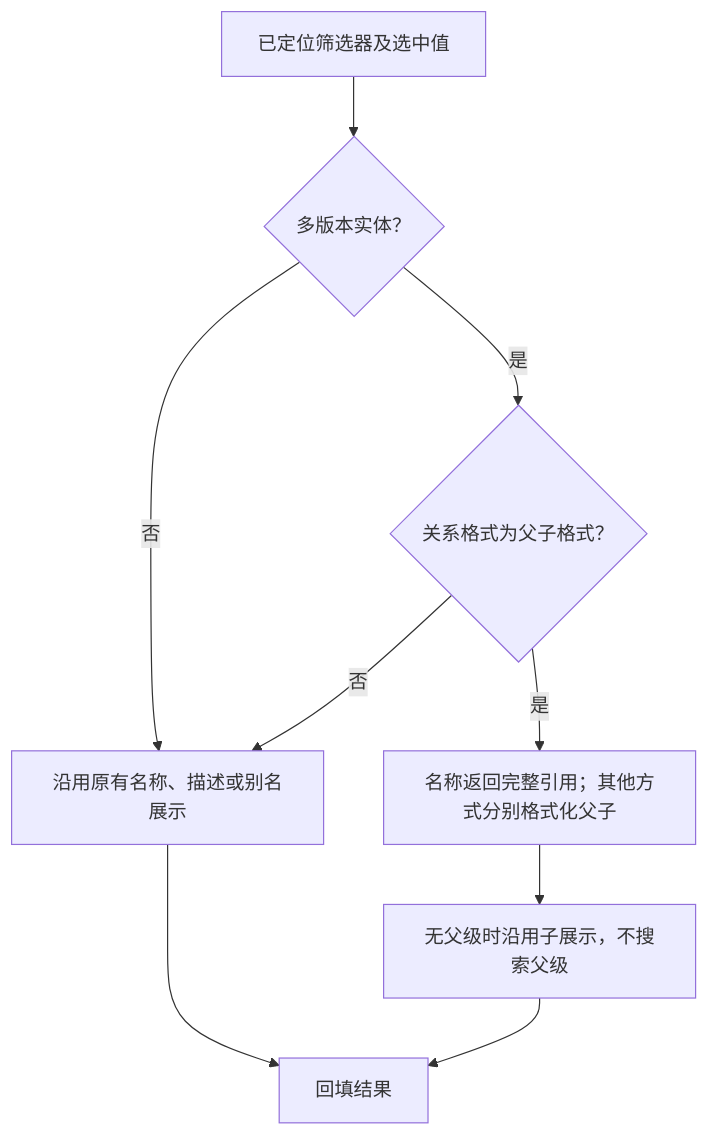
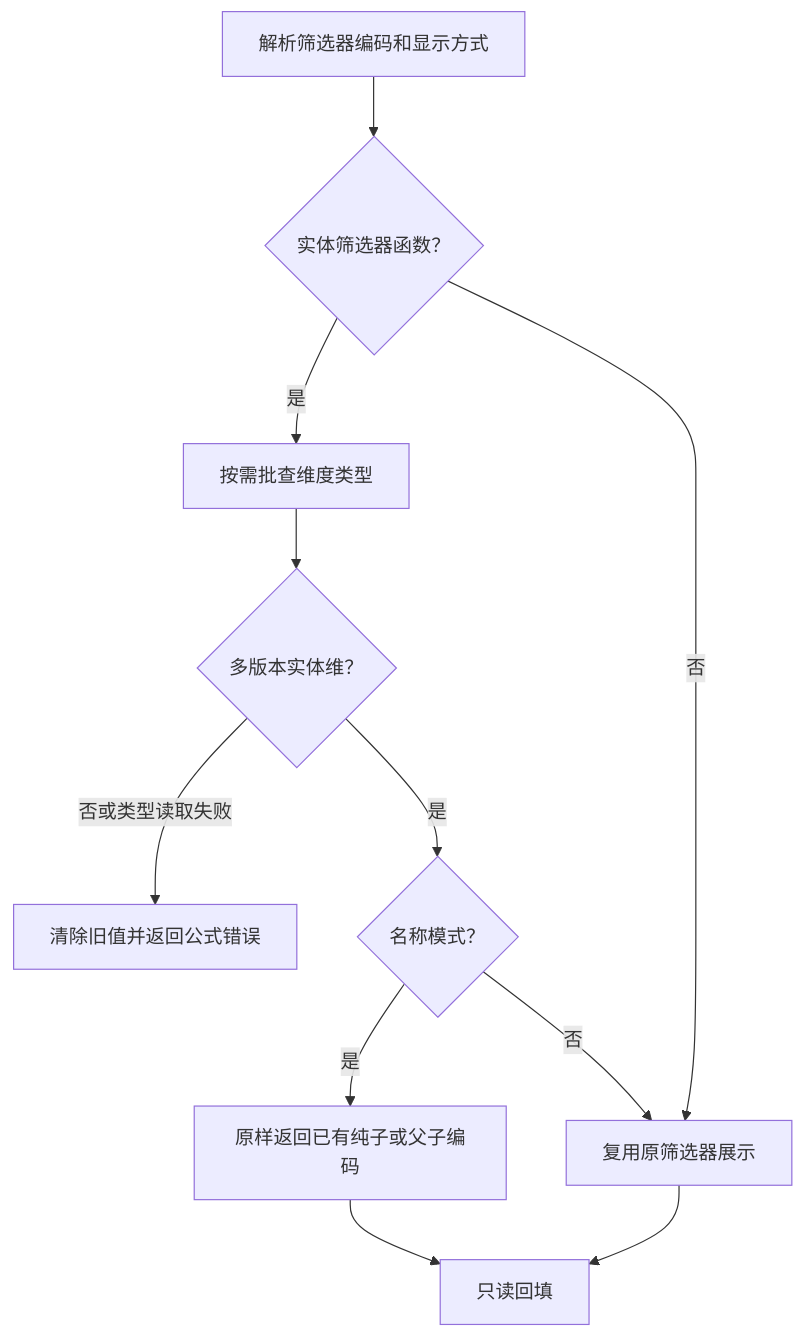
Before and after one commit to Honkey-y/docs: the second of 5 diagrams in DeepFos/电子表格/筛选器属性与币种公式/规划/功能与后端规范.md, drawn with Mermaid. The commit also changed other lines of this file and 3 other files, not shown here.

````diff
--- a/DeepFos/电子表格/筛选器属性与币种公式/规划/功能与后端规范.md
+++ b/DeepFos/电子表格/筛选器属性与币种公式/规划/功能与后端规范.md
@@ -87,11 +97,13 @@
 ```mermaid
 flowchart TD
-    A[已定位筛选器及选中值] --> B{多版本实体？}
-    B -->|否| C[沿用原有名称、描述或别名展示]
-    B -->|是| D{关系格式为父子格式？}
-    D -->|否| C
-    D -->|是| E[名称返回完整引用；其他方式分别格式化父子]
-    E --> F[无父级时沿用子展示，不搜索父级]
-    C --> G[回填结果]
-    F --> G
+    A[解析筛选器编码和显示方式] --> B{实体筛选器函数？}
+    B -->|否| C[复用原筛选器展示]
+    B -->|是| D[按需批查维度类型]
+    D --> E{多版本实体维？}
+    E -->|否或类型读取失败| F[清除旧值并返回公式错误]
+    E -->|是| G{名称模式？}
+    G -->|是| H[原样返回已有纯子或父子编码]
+    G -->|否| C
+    C --> I[只读回填]
+    H --> I
 ```
````
